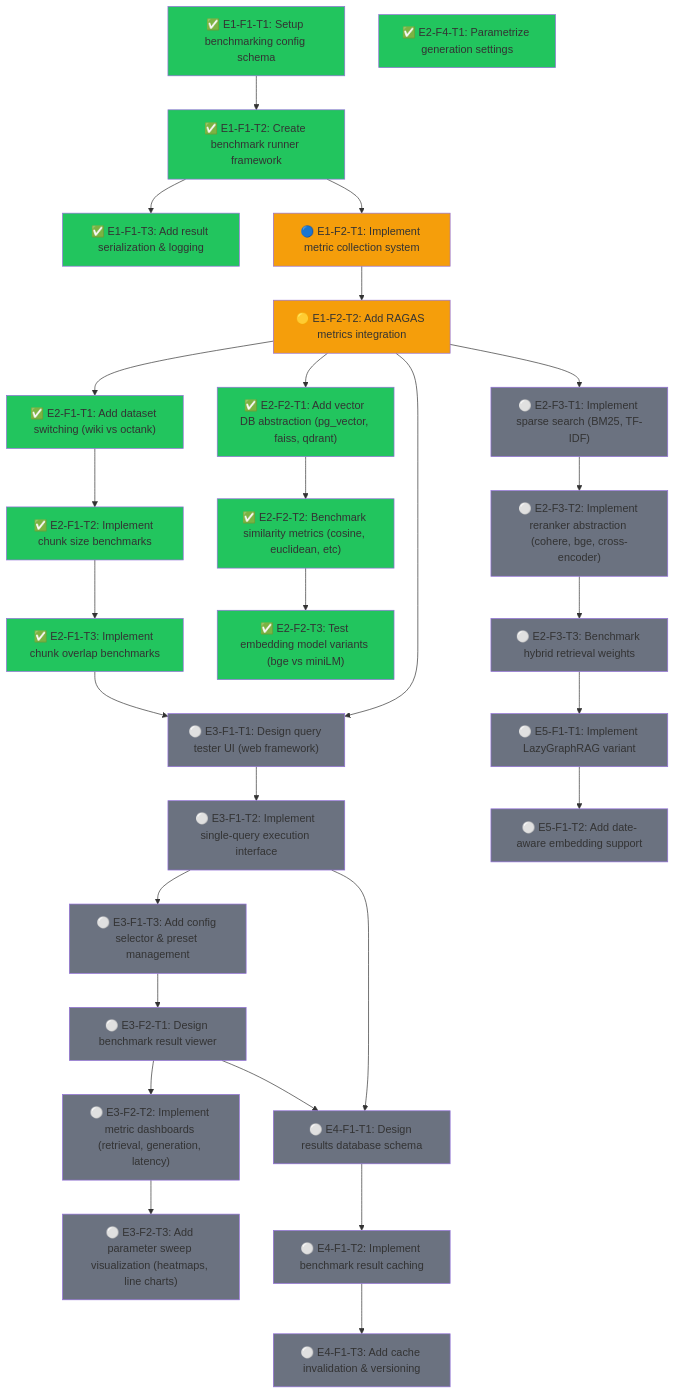
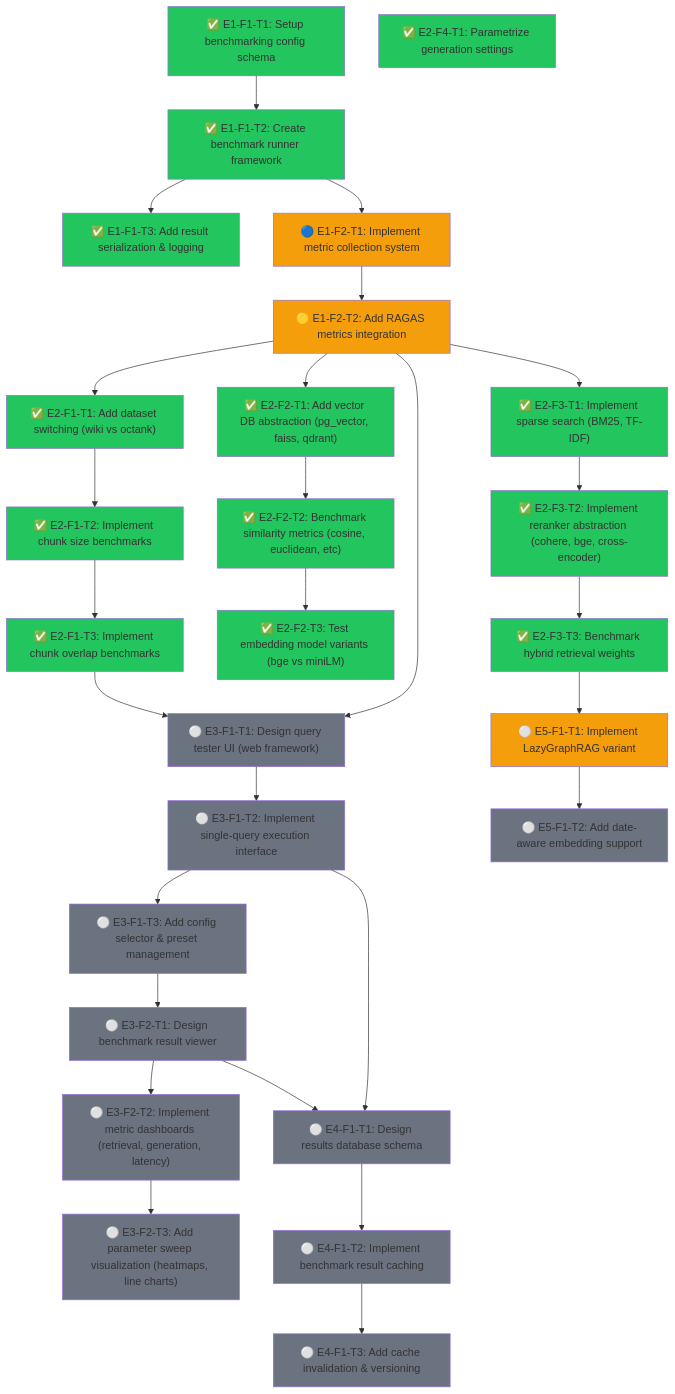
One commit to Vutiot/EvenementsRAG changed the diagram in ROADMAP.md. Above: the diagram before and after it, drawn with Mermaid. The commit also changed other lines of this file and 23 other files, not shown here.

````diff
--- a/ROADMAP.md
+++ b/ROADMAP.md
@@ -27,9 +27,9 @@
   E2F2T2["✅ E2-F2-T2: Benchmark similarity metrics (cosine, euclidean, etc)"]
   E2F2T3["✅ E2-F2-T3: Test embedding model variants (bge vs miniLM)"]
 
-  E2F3T1["⚪ E2-F3-T1: Implement sparse search (BM25, TF-IDF)"]
-  E2F3T2["⚪ E2-F3-T2: Implement reranker abstraction (cohere, bge, cross-encoder)"]
-  E2F3T3["⚪ E2-F3-T3: Benchmark hybrid retrieval weights"]
+  E2F3T1["✅ E2-F3-T1: Implement sparse search (BM25, TF-IDF)"]
+  E2F3T2["✅ E2-F3-T2: Implement reranker abstraction (cohere, bge, cross-encoder)"]
+  E2F3T3["✅ E2-F3-T3: Benchmark hybrid retrieval weights"]
   E2F4T1["✅ E2-F4-T1: Parametrize generation settings"]
 
   E3F1T1["⚪ E3-F1-T1: Design query tester UI (web framework)"]
@@ -89,9 +89,9 @@
   style E2F2T1 fill:#22c55e
   style E2F2T2 fill:#22c55e
   style E2F2T3 fill:#22c55e
-  style E2F3T1 fill:#6b7280
-  style E2F3T2 fill:#6b7280
-  style E2F3T3 fill:#6b7280
+  style E2F3T1 fill:#22c55e
+  style E2F3T2 fill:#22c55e
+  style E2F3T3 fill:#22c55e
   style E2F4T1 fill:#22c55e
   style E3F1T1 fill:#6b7280
   style E3F1T2 fill:#6b7280
@@ -102,6 +102,6 @@
   style E4F1T1 fill:#6b7280
   style E4F1T2 fill:#6b7280
   style E4F1T3 fill:#6b7280
-  style E5F1T1 fill:#6b7280
+  style E5F1T1 fill:#f59e0b
   style E5F1T2 fill:#6b7280
 ```
````
